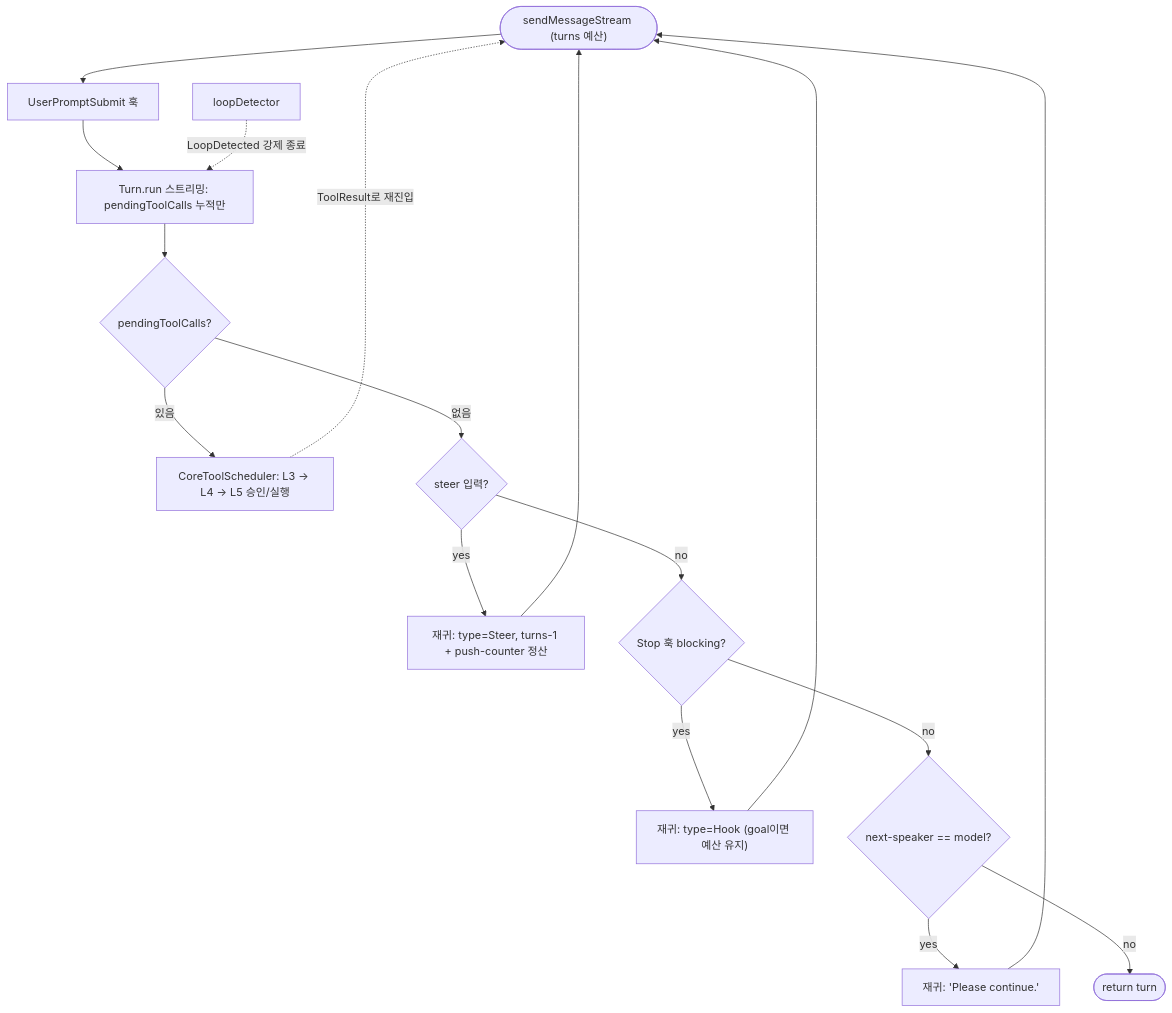
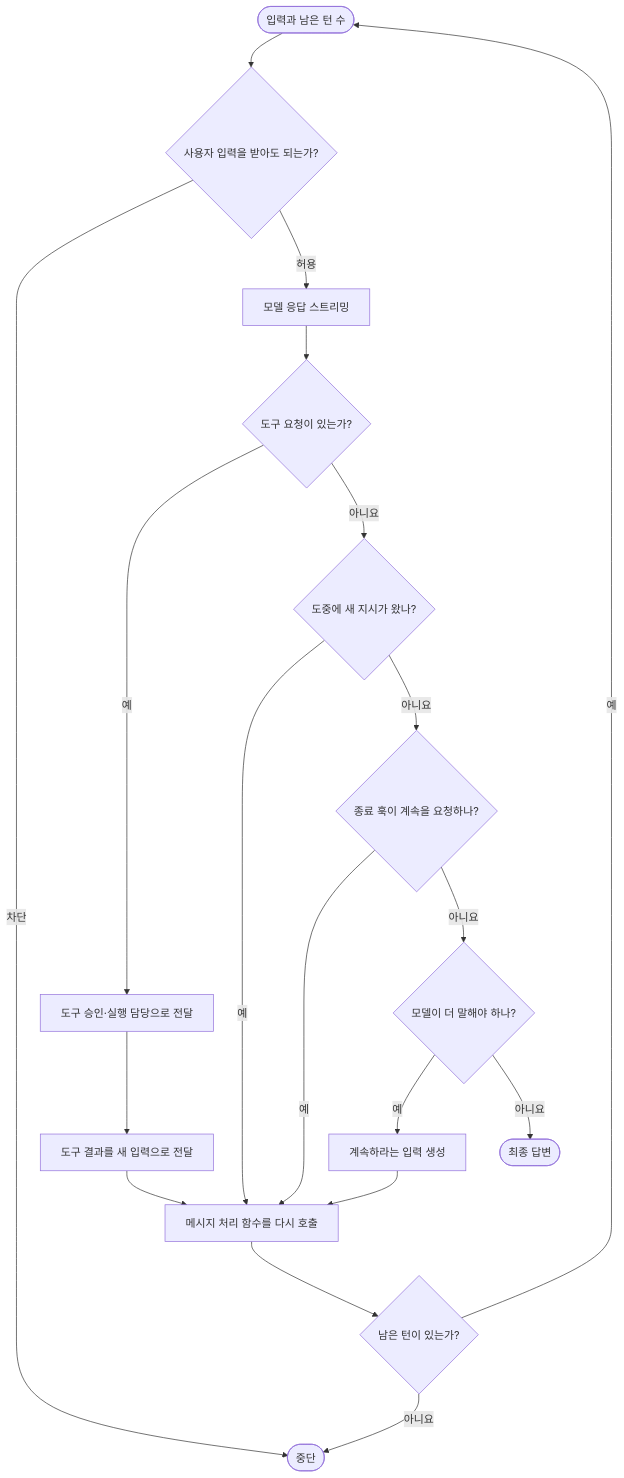
Before and after one commit to hikaMaeng/agentreport: the first of 2 diagrams in turnloop/qwen-code.md, drawn with Mermaid. The commit also changed other lines of this file and 6 other files, not shown here.

````diff
--- a/turnloop/qwen-code.md
+++ b/turnloop/qwen-code.md
@@ -143,17 +13,20 @@
 ```mermaid
 flowchart TD
-    Entry(["sendMessageStream (turns 예산)"]) --> UPS["UserPromptSubmit 훅"]
-    UPS --> Run["Turn.run 스트리밍: pendingToolCalls 누적만"]
-    Run --> Pend{"pendingToolCalls?"}
-    Pend -->|"있음"| Sched["CoreToolScheduler: L3 → L4 → L5 승인/실행"]
-    Sched -. "ToolResult로 재진입" .-> Entry
-    Pend -->|"없음"| Steer{"steer 입력?"}
-    Steer -->|"yes"| RSteer["재귀: type=Steer, turns-1 + push-counter 정산"] --> Entry
-    Steer -->|"no"| SHook{"Stop 훅 blocking?"}
-    SHook -->|"yes"| RHook["재귀: type=Hook (goal이면 예산 유지)"] --> Entry
-    SHook -->|"no"| NS{"next-speaker == model?"}
-    NS -->|"yes"| RCont["재귀: 'Please continue.'"] --> Entry
-    NS -->|"no"| End(["return turn"])
-
-    LD["loopDetector"] -. "LoopDetected 강제 종료" .-> Run
+    Start(["입력과 남은 턴 수"]) --> Entry{"사용자 입력을 받아도 되는가?"}
+    Entry -->|"차단"| End(["중단"])
+    Entry -->|"허용"| Model["모델 응답 스트리밍"]
+    Model --> Tool{"도구 요청이 있는가?"}
+    Tool -->|"예"| Scheduler["도구 승인·실행 담당으로 전달"]
+    Scheduler --> Result["도구 결과를 새 입력으로 전달"]
+    Result --> Next["메시지 처리 함수를 다시 호출"]
+    Tool -->|"아니요"| Steer{"도중에 새 지시가 왔나?"}
+    Steer -->|"예"| Next
+    Steer -->|"아니요"| StopHook{"종료 훅이 계속을 요청하나?"}
+    StopHook -->|"예"| Next
+    StopHook -->|"아니요"| Speaker{"모델이 더 말해야 하나?"}
+    Speaker -->|"예"| Continue["계속하라는 입력 생성"] --> Next
+    Speaker -->|"아니요"| Done(["최종 답변"])
+    Next --> Budget{"남은 턴이 있는가?"}
+    Budget -->|"예"| Start
+    Budget -->|"아니요"| End
 ```
````
